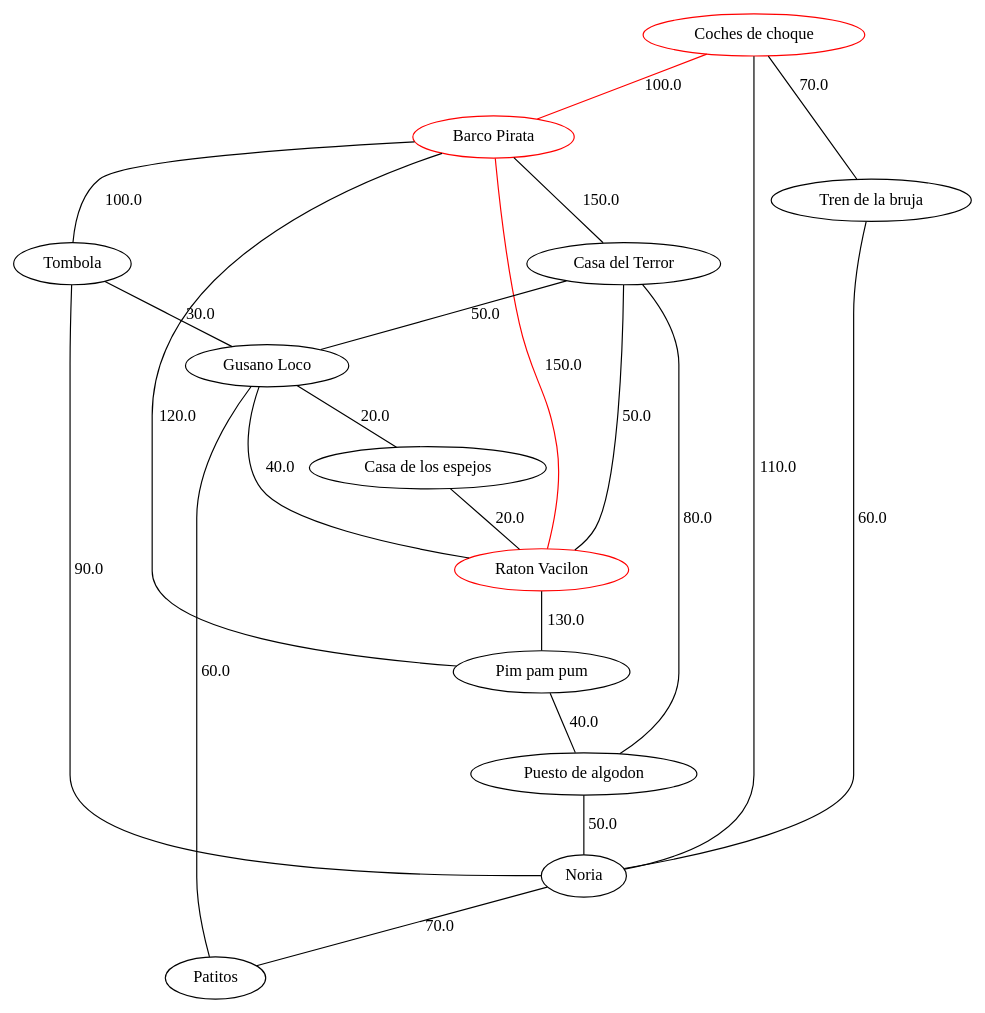
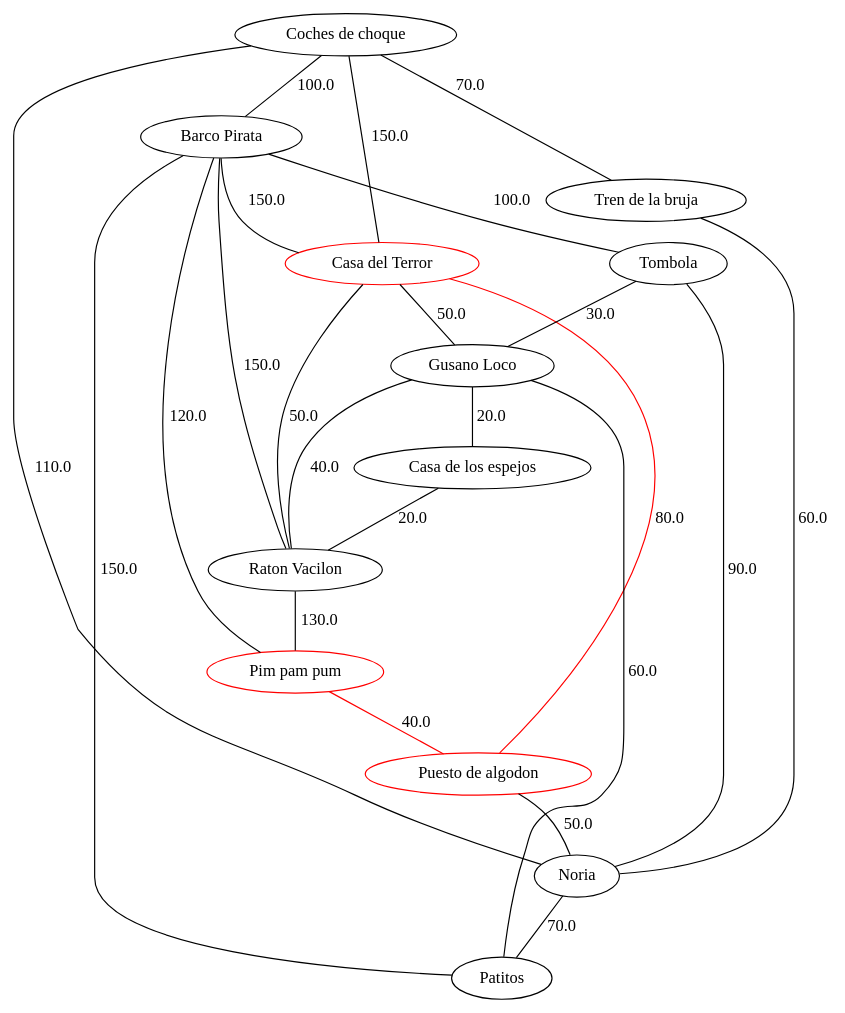
The diagram in PI3/resultados/ejercicio2/ejercicio2_3A.gv (Gabrielvcg/ADDA-PIX), drawn with Graphviz before and after one commit. The commit also changed 8 other files, not shown here.

```diff
--- a/PI3/resultados/ejercicio2/ejercicio2_3A.gv
+++ b/PI3/resultados/ejercicio2/ejercicio2_3A.gv
@@ -1,35 +1,37 @@
 strict graph G {
-  1 [ color="red" label="Barco Pirata" ];
-  2 [ label="Casa del Terror" ];
+  1 [ label="Barco Pirata" ];
+  2 [ color="red" label="Casa del Terror" ];
   3 [ label="Tombola" ];
   4 [ label="Gusano Loco" ];
-  5 [ color="red" label="Raton Vacilon" ];
-  6 [ color="red" label="Coches de choque" ];
-  7 [ label="Pim pam pum" ];
-  8 [ label="Puesto de algodon" ];
+  5 [ label="Raton Vacilon" ];
+  6 [ label="Coches de choque" ];
+  7 [ color="red" label="Pim pam pum" ];
+  8 [ color="red" label="Puesto de algodon" ];
   9 [ label="Noria" ];
   10 [ label="Patitos" ];
   11 [ label="Tren de la bruja" ];
   12 [ label="Casa de los espejos" ];
   1 -- 2 [ label="150.0" ];
   1 -- 3 [ label="100.0" ];
-  1 -- 5 [ color="red" label="150.0" ];
+  1 -- 5 [ label="150.0" ];
   2 -- 5 [ label="50.0" ];
   3 -- 4 [ label="30.0" ];
   4 -- 5 [ label="40.0" ];
-  6 -- 1 [ color="red" label="100.0" ];
+  6 -- 2 [ label="150.0" ];
+  6 -- 1 [ label="100.0" ];
   2 -- 4 [ label="50.0" ];
   1 -- 7 [ label="120.0" ];
   12 -- 5 [ label="20.0" ];
-  2 -- 8 [ label="80.0" ];
+  2 -- 8 [ color="red" label="80.0" ];
   3 -- 9 [ label="90.0" ];
   11 -- 9 [ label="60.0" ];
   4 -- 10 [ label="60.0" ];
   5 -- 7 [ label="130.0" ];
   6 -- 9 [ label="110.0" ];
-  7 -- 8 [ label="40.0" ];
+  7 -- 8 [ color="red" label="40.0" ];
   8 -- 9 [ label="50.0" ];
   9 -- 10 [ label="70.0" ];
+  10 -- 1 [ label="150.0" ];
   6 -- 11 [ label="70.0" ];
   4 -- 12 [ label="20.0" ];
 }
```
